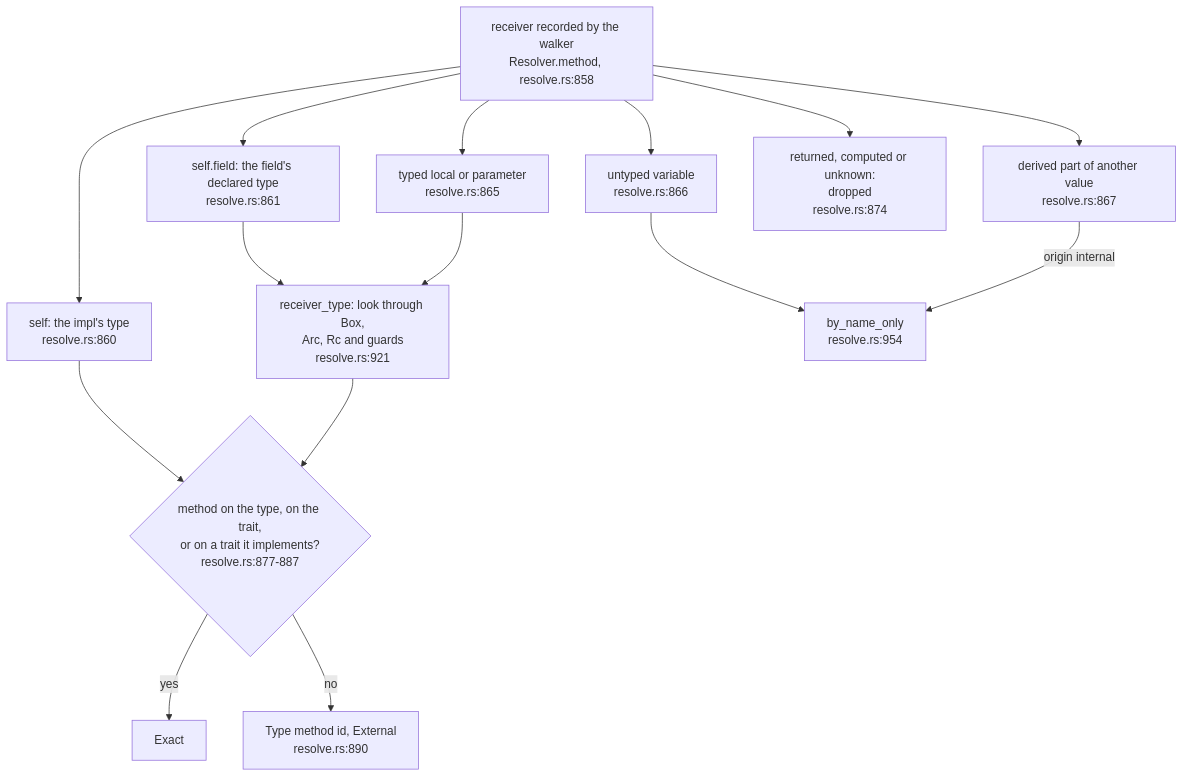
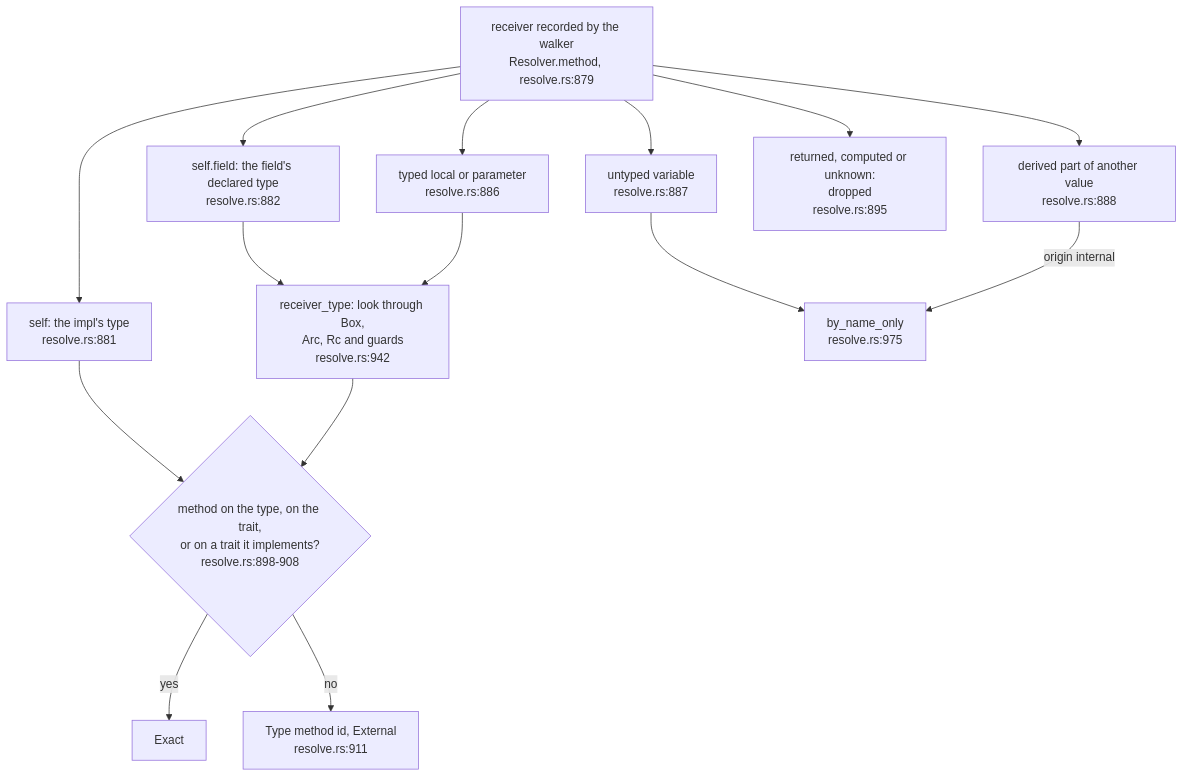
Before and after one commit to DreamLab-AI/codemaid: the fourth of 6 diagrams in docs/diagrams/extract/05-workspace-name-resolution.md, drawn with Mermaid. The commit also changed other lines of this file and 21 other files, not shown here.

````diff
--- a/docs/diagrams/extract/05-workspace-name-resolution.md
+++ b/docs/diagrams/extract/05-workspace-name-resolution.md
@@ -189,28 +189,28 @@
 ```mermaid
 flowchart TB
-    R["receiver recorded by the walker<br/>Resolver.method, resolve.rs:858"]
-    SV["self: the impl's type<br/>resolve.rs:860"]
-    SF["self.field: the field's declared type<br/>resolve.rs:861"]
-    TY["typed local or parameter<br/>resolve.rs:865"]
-    UT["untyped variable<br/>resolve.rs:866"]
-    DV["derived part of another value<br/>resolve.rs:867"]
-    DR["returned, computed or unknown:<br/>dropped<br/>resolve.rs:874"]
-    RT["receiver_type: look through Box,<br/>Arc, Rc and guards<br/>resolve.rs:921"]
-    LK{"method on the type, on the trait,<br/>or on a trait it implements?<br/>resolve.rs:877-887"}
+    R["receiver recorded by the walker<br/>Resolver.method, resolve.rs:879"]
+    SV["self: the impl's type<br/>resolve.rs:881"]
+    SF["self.field: the field's declared type<br/>resolve.rs:882"]
+    TY["typed local or parameter<br/>resolve.rs:886"]
+    UT["untyped variable<br/>resolve.rs:887"]
+    DV["derived part of another value<br/>resolve.rs:888"]
+    DR["returned, computed or unknown:<br/>dropped<br/>resolve.rs:895"]
+    RT["receiver_type: look through Box,<br/>Arc, Rc and guards<br/>resolve.rs:942"]
+    LK{"method on the type, on the trait,<br/>or on a trait it implements?<br/>resolve.rs:898-908"}
     EX["Exact"]
-    UM["Type method id, External<br/>resolve.rs:890"]
-    BN["by_name_only<br/>resolve.rs:954"]
+    UM["Type method id, External<br/>resolve.rs:911"]
+    BN["by_name_only<br/>resolve.rs:975"]
     SV --> LK
     SF --> RT
     TY --> RT
     RT --> LK
     LK -->|yes| EX
     LK -->|no| UM
     R --> SV
     R --> SF
     R --> TY
     R --> UT --> BN
     R --> DV
     R --> DR
     DV -->|origin internal| BN
 ```
````
